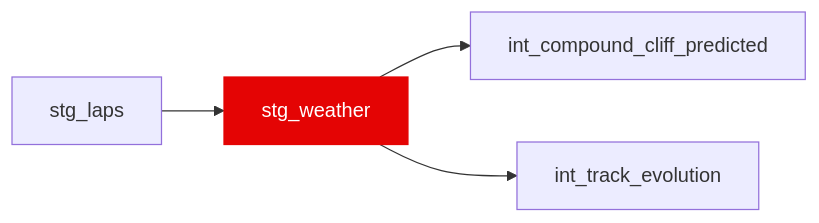
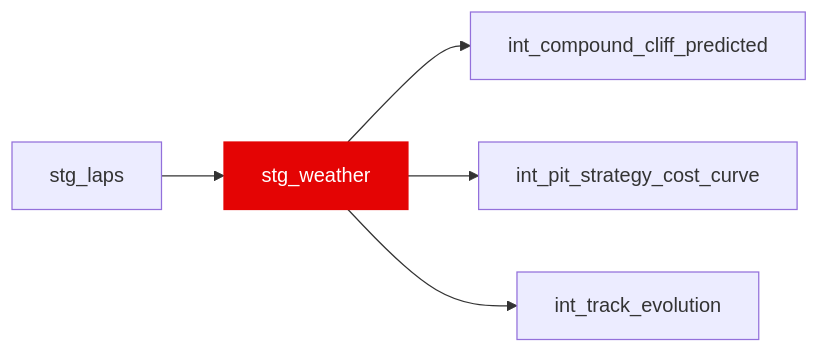
One commit to JustinClarke/off-the-pace changed the diagram in docs/reference/models/stg/stg_weather.mdx. Above: the diagram before and after it, drawn with Mermaid. The commit also changed 89 other files, not shown here.

````diff
--- a/docs/reference/models/stg/stg_weather.mdx
+++ b/docs/reference/models/stg/stg_weather.mdx
@@ -15,7 +15,8 @@
 ```mermaid
 flowchart LR
   stg_laps --> stg_weather
   stg_weather --> int_compound_cliff_predicted
+  stg_weather --> int_pit_strategy_cost_curve
   stg_weather --> int_track_evolution
   style stg_weather fill:#e40404,stroke:#e40404,color:#fff
 ```
````
